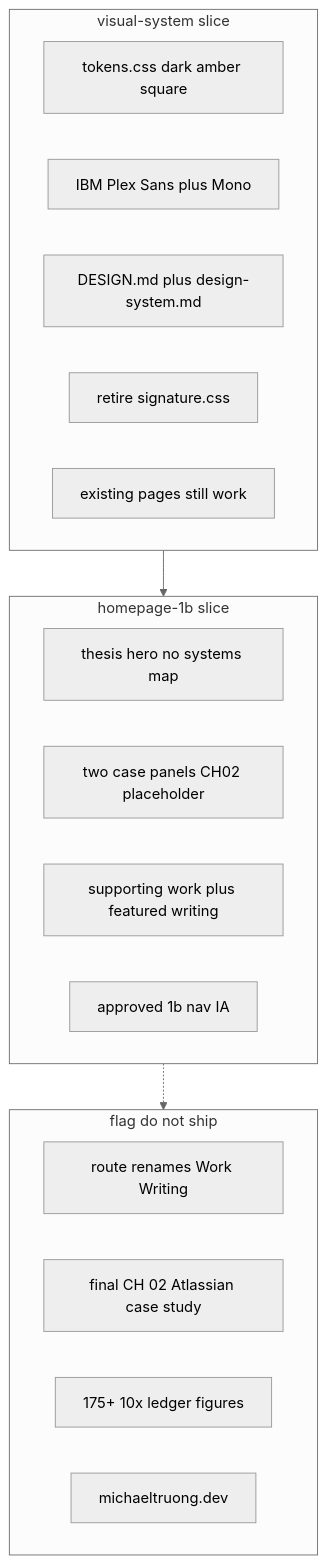
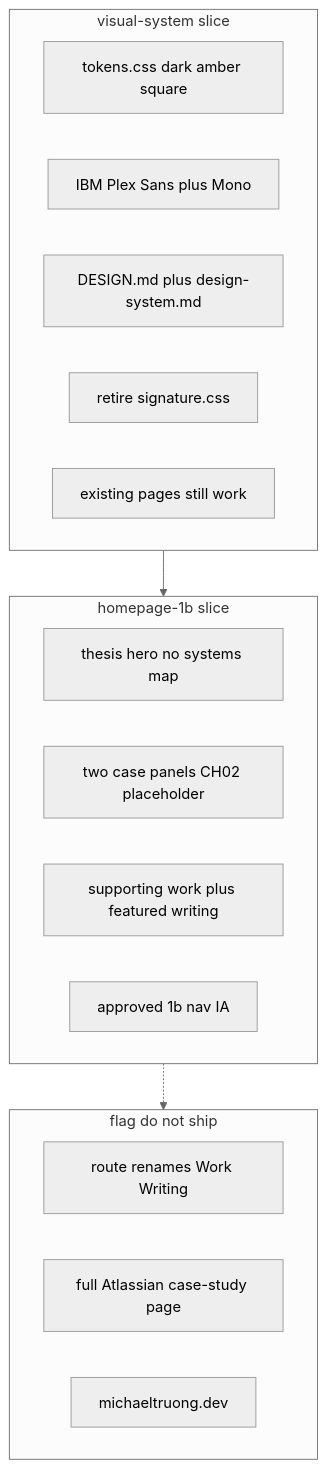
The diagram in .cursor/plans/2026-09-11-instrument-1b.plan.md (mastermichaelt/portfolio), drawn with Mermaid (neutral theme) before and after one commit. The commit also changed other lines of this file and 5 other files, not shown here.

````diff
--- a/.cursor/plans/2026-09-11-instrument-1b.plan.md
+++ b/.cursor/plans/2026-09-11-instrument-1b.plan.md
@@ -53,24 +53,23 @@
 ```mermaid
 flowchart TD
   subgraph visual [visual-system slice]
     tokens[tokens.css dark amber square]
     fonts[IBM Plex Sans plus Mono]
     docs[DESIGN.md plus design-system.md]
     signature[retire signature.css]
     chrome[existing pages still work]
   end
   subgraph home [homepage-1b slice]
     hero[thesis hero no systems map]
     panels[two case panels CH02 placeholder]
     lists[supporting work plus featured writing]
     shell[approved 1b nav IA]
   end
   subgraph deferred [flag do not ship]
     naming[route renames Work Writing]
-    atlassian[final CH 02 Atlassian case study]
-    metrics[175+ 10x ledger figures]
+    atlassian[full Atlassian case-study page]
     domain[michaeltruong.dev]
   end
   visual --> home
   home -.-> deferred
 ```
````
